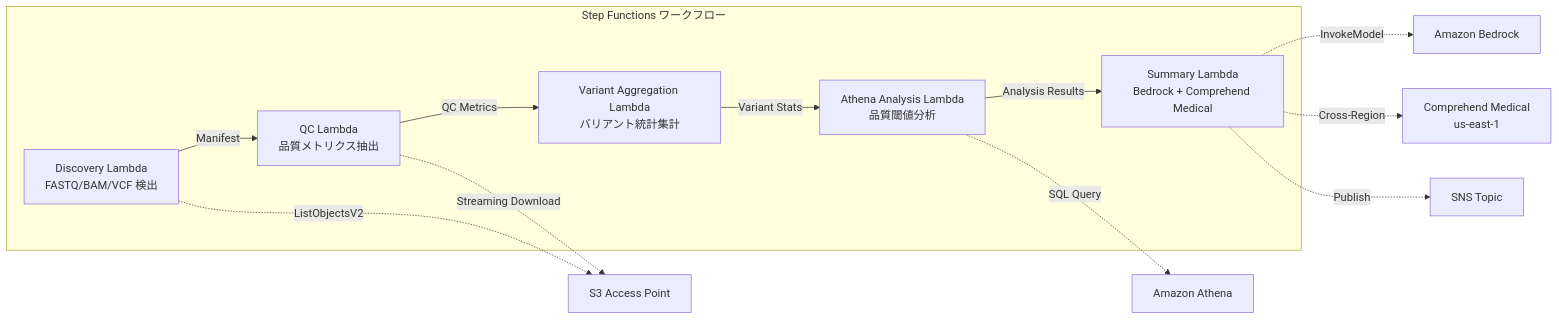
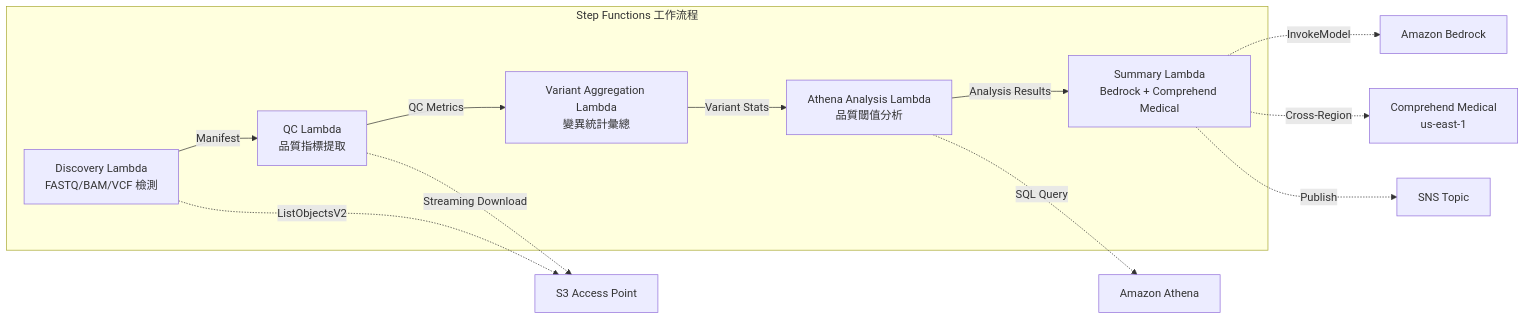
One commit to Yoshiki0705/FSx-for-ONTAP-S3AccessPoints-Serverless-Patterns changed the diagram in solutions/industry/genomics-pipeline/README.zh-TW.md. Above: the diagram before and after it, drawn with Mermaid. The commit also changed other lines of this file and 20 other files, not shown here.

````diff
--- a/solutions/industry/genomics-pipeline/README.zh-TW.md
+++ b/solutions/industry/genomics-pipeline/README.zh-TW.md
@@ -27,22 +57,22 @@
 ```mermaid
 graph LR
-    subgraph "Step Functions ワークフロー"
-        D[Discovery Lambda<br/>FASTQ/BAM/VCF 検出]
-        QC[QC Lambda<br/>品質メトリクス抽出]
-        VA[Variant Aggregation Lambda<br/>バリアント統計集計]
-        ATH[Athena Analysis Lambda<br/>品質閾値分析]
+    subgraph "Step Functions 工作流程"
+        D[Discovery Lambda<br/>FASTQ/BAM/VCF 檢測]
+        QC[QC Lambda<br/>品質指標提取]
+        VA[Variant Aggregation Lambda<br/>變異統計彙總]
+        ATH[Athena Analysis Lambda<br/>品質閾值分析]
         SUM[Summary Lambda<br/>Bedrock + Comprehend Medical]
     end
 
     D -->|Manifest| QC
     QC -->|QC Metrics| VA
     VA -->|Variant Stats| ATH
     ATH -->|Analysis Results| SUM
 
     D -.->|ListObjectsV2| S3AP[S3 Access Point]
     QC -.->|Streaming Download| S3AP
     ATH -.->|SQL Query| Athena[Amazon Athena]
     SUM -.->|InvokeModel| Bedrock[Amazon Bedrock]
     SUM -.->|Cross-Region| CM[Comprehend Medical<br/>us-east-1]
     SUM -.->|Publish| SNS[SNS Topic]
 ```
````
